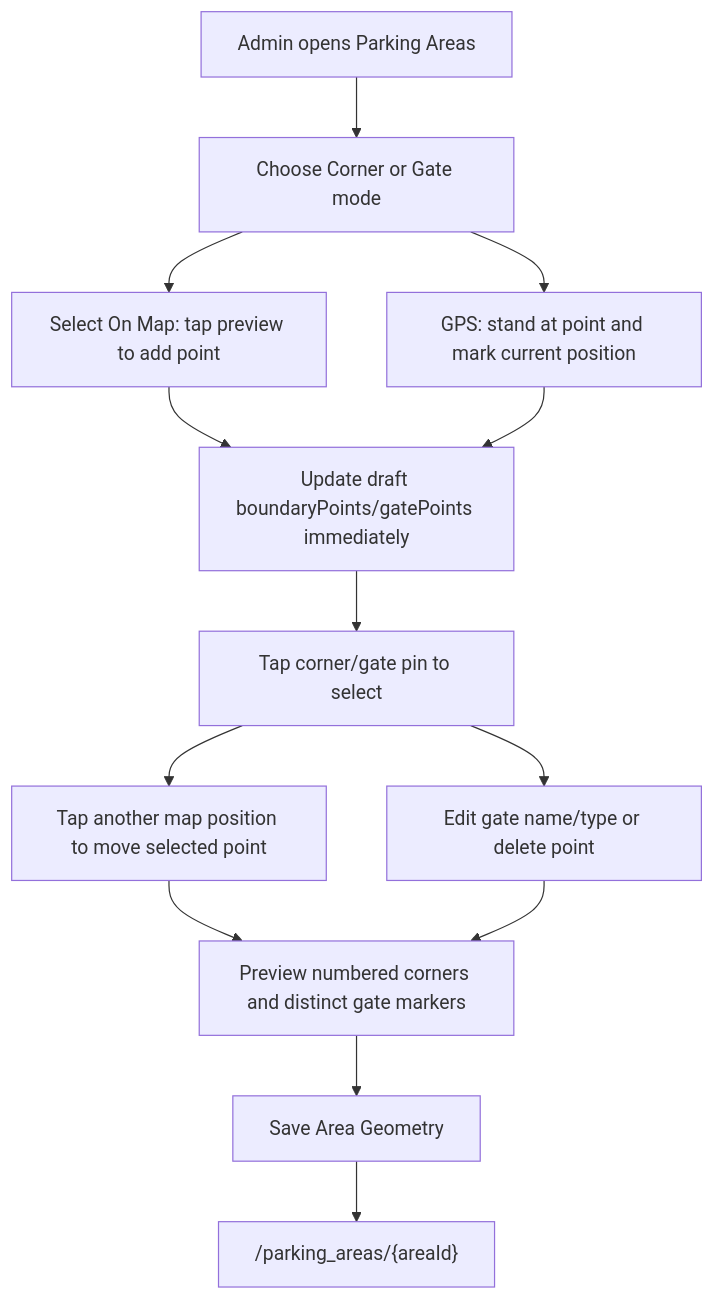
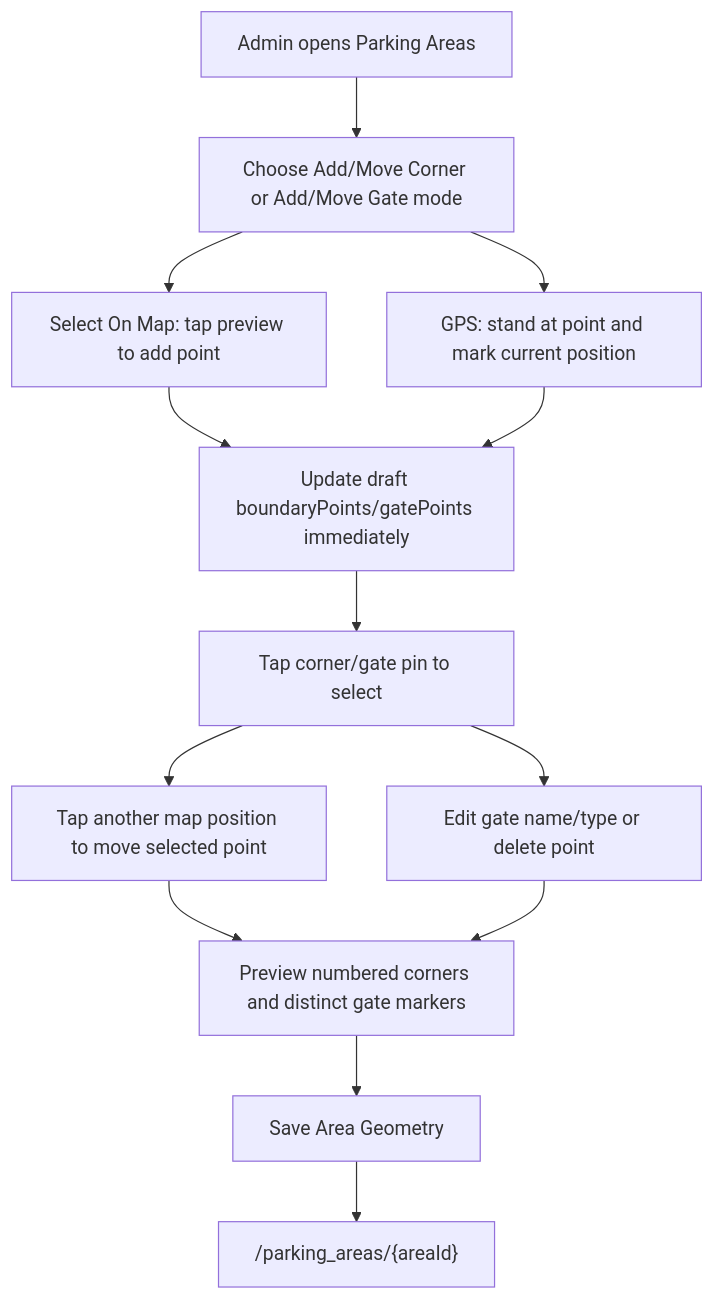
One commit to snehil-pandey/smart-parking-occupancy-system changed diagram 12 of 15 in docs/ARCHITECTURE.md. Above: the diagram before and after it, drawn with Mermaid. The commit also changed other lines of this file and 3 other files, not shown here.

````diff
--- a/docs/ARCHITECTURE.md
+++ b/docs/ARCHITECTURE.md
@@ -226,15 +232,15 @@
 ```mermaid
 flowchart TD
-  Admin["Admin opens Parking Areas"] --> Mode["Choose Corner or Gate mode"]
+  Admin["Admin opens Parking Areas"] --> Mode["Choose Add/Move Corner or Add/Move Gate mode"]
   Mode --> Tap["Select On Map: tap preview to add point"]
   Mode --> GPS["GPS: stand at point and mark current position"]
   Tap --> Draft["Update draft boundaryPoints/gatePoints immediately"]
   GPS --> Draft
   Draft --> Select["Tap corner/gate pin to select"]
   Select --> Move["Tap another map position to move selected point"]
   Select --> EditGate["Edit gate name/type or delete point"]
   Move --> Review["Preview numbered corners and distinct gate markers"]
   EditGate --> Review
   Review --> Save["Save Area Geometry"]
   Save --> Firestore["/parking_areas/{areaId}"]
 ```
````
